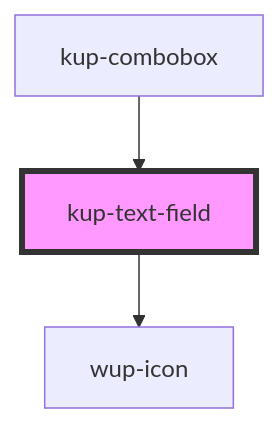
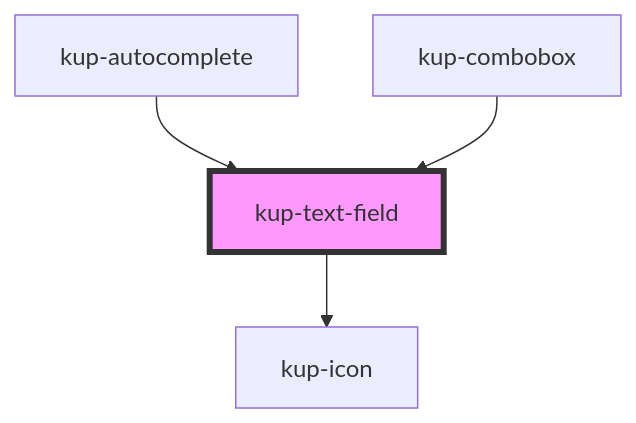
One commit to smeup/ketchup changed the diagram in packages/ketchup/src/components/kup-text-field/readme.md. Above: the diagram before and after it, drawn with Mermaid. The commit also changed other lines of this file and 60 other files, not shown here.

Commit message:
wup icon > kup icon. Fixes to showcase. Regen of readme files.

````diff
--- a/packages/ketchup/src/components/kup-text-field/readme.md
+++ b/packages/ketchup/src/components/kup-text-field/readme.md
@@ -52,6 +56,7 @@
 ```mermaid
 graph TD;
-  kup-text-field --> wup-icon
+  kup-text-field --> kup-icon
+  kup-autocomplete --> kup-text-field
   kup-combobox --> kup-text-field
   style kup-text-field fill:#f9f,stroke:#333,stroke-width:4px
 ```
````
